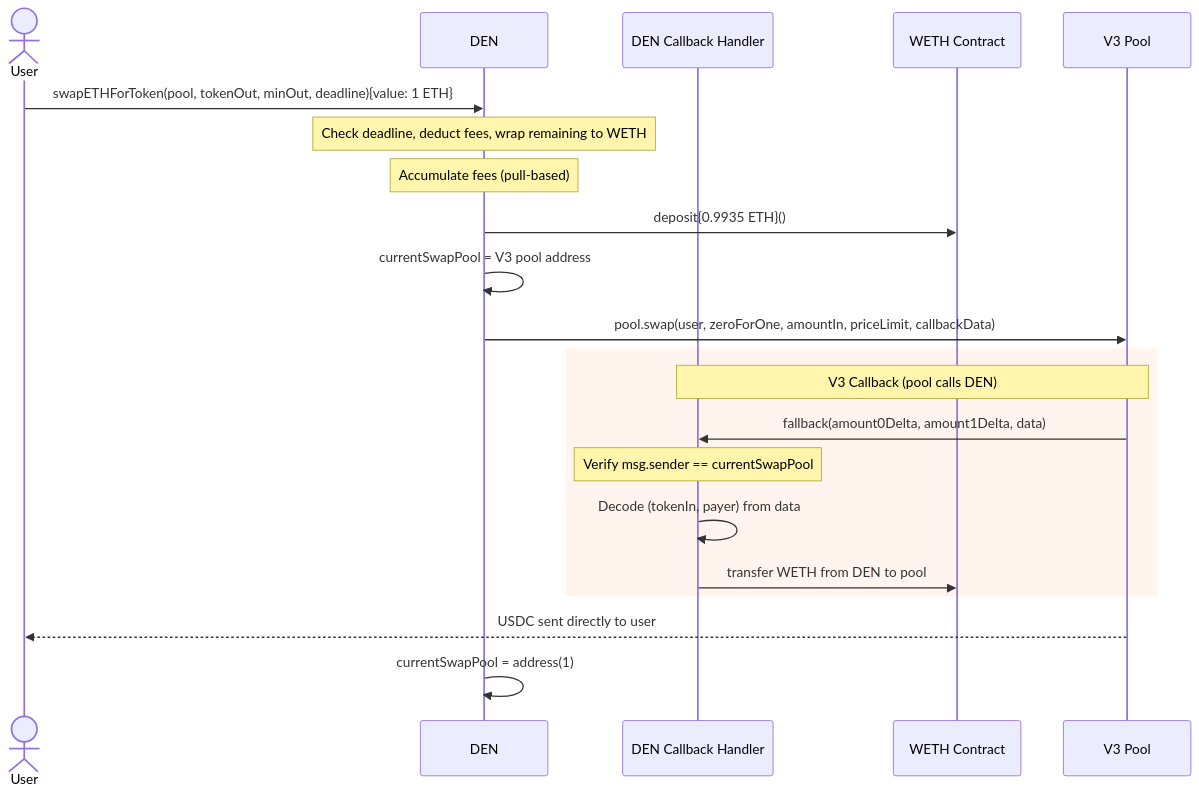
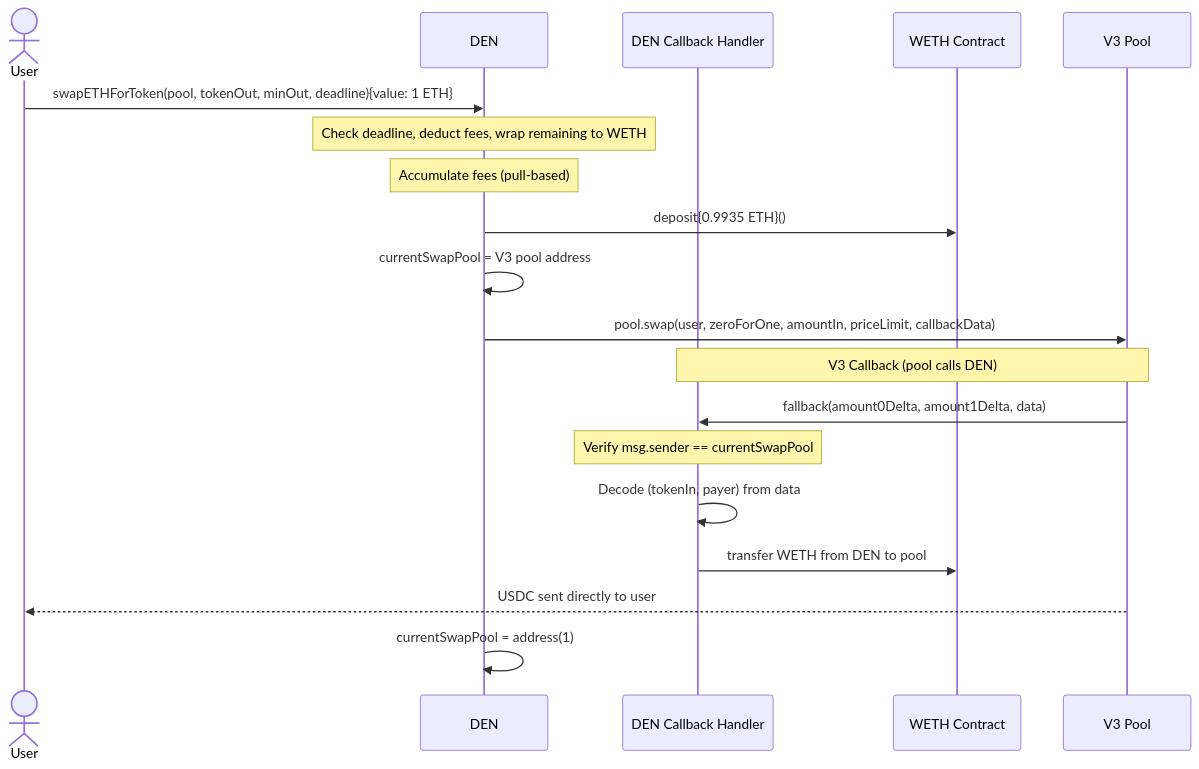
The fourth of 11 diagrams in README.md (davidwyly/DEN), drawn with Mermaid before and after one commit. The commit also changed other lines of this file, not shown here.

Commit message:
removed hardcoded colors from mermaid diagrams for dark mode support

````diff
--- a/README.md
+++ b/README.md
@@ -435,28 +431,26 @@
 ```mermaid
 sequenceDiagram
     actor User
     participant DEN
     participant CB as DEN Callback Handler
     participant WETH as WETH Contract
     participant V3 as V3 Pool
 
     User->>DEN: swapETHForToken(pool, tokenOut, minOut, deadline){value: 1 ETH}
 
     Note over DEN: Check deadline, deduct fees, wrap remaining to WETH
     Note over DEN: Accumulate fees (pull-based)
 
     DEN->>WETH: deposit{0.9935 ETH}()
     DEN->>DEN: currentSwapPool = V3 pool address
     DEN->>V3: pool.swap(user, zeroForOne, amountIn, priceLimit, callbackData)
 
-    rect rgb(255, 245, 238)
-        Note over V3,CB: V3 Callback (pool calls DEN)
+    Note over V3,CB: V3 Callback (pool calls DEN)
         V3->>CB: fallback(amount0Delta, amount1Delta, data)
         Note over CB: Verify msg.sender == currentSwapPool
         CB->>CB: Decode (tokenIn, payer) from data
         CB->>WETH: transfer WETH from DEN to pool
-    end
 
     V3-->>User: USDC sent directly to user
     DEN->>DEN: currentSwapPool = address(1)
 ```
````
